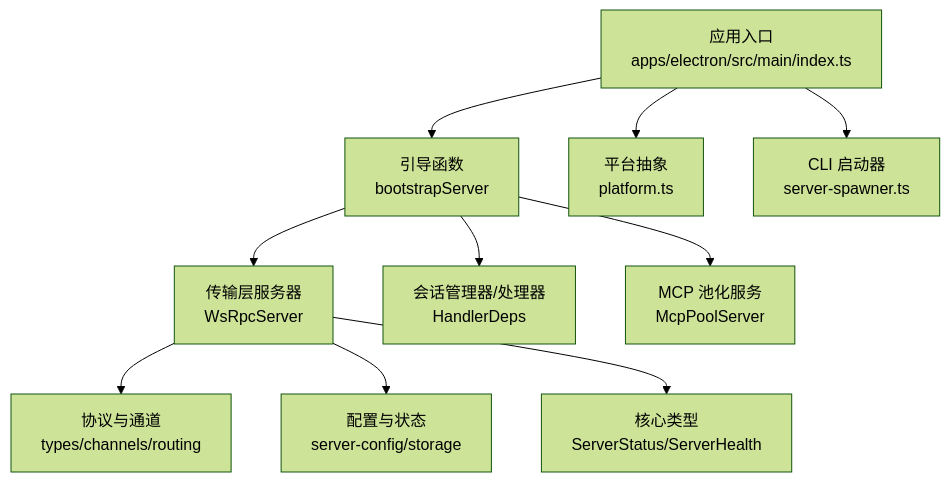
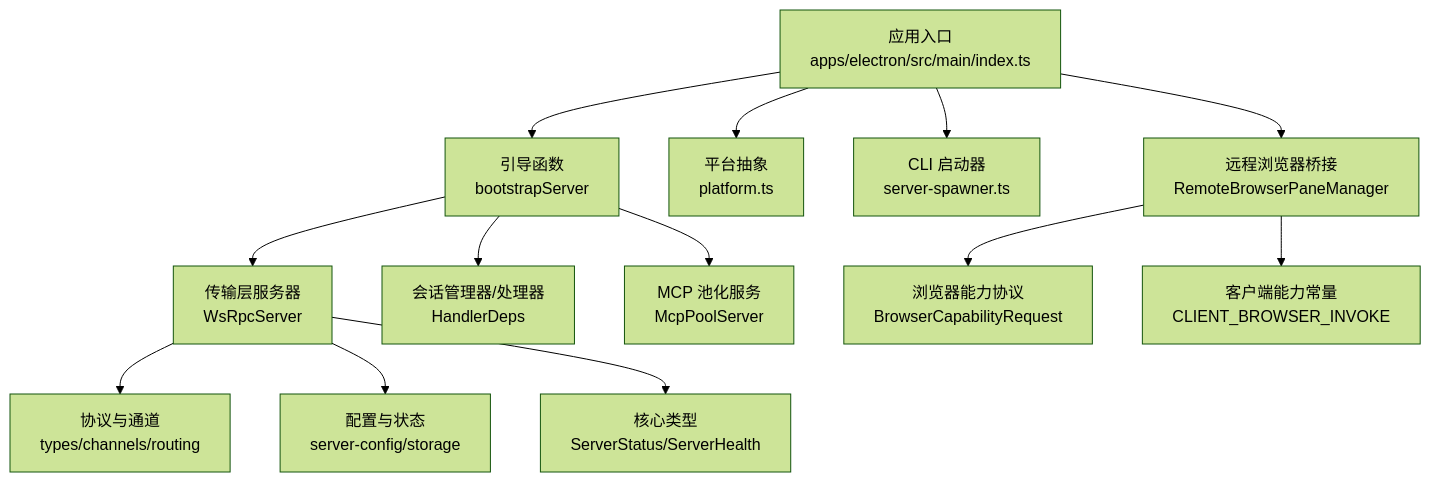
Before and after one commit to haolange/craft-agents-oss: the first of 11 diagrams in .qoder/repowiki/zh/content/服务器架构/服务器核心/服务器核心.md, drawn with Mermaid (forest theme). The commit also changed other lines of this file and 5 other files, not shown here.

````diff
--- a/.qoder/repowiki/zh/content/服务器架构/服务器核心/服务器核心.md
+++ b/.qoder/repowiki/zh/content/服务器架构/服务器核心/服务器核心.md
@@ -55,12 +65,15 @@
 ```mermaid
 graph TB
 A["应用入口<br/>apps/electron/src/main/index.ts"] --> B["引导函数<br/>bootstrapServer"]
 B --> C["传输层服务器<br/>WsRpcServer"]
 B --> D["会话管理器/处理器<br/>HandlerDeps"]
 B --> E["MCP 池化服务<br/>McpPoolServer"]
 C --> F["协议与通道<br/>types/channels/routing"]
 C --> G["配置与状态<br/>server-config/storage"]
 C --> H["核心类型<br/>ServerStatus/ServerHealth"]
 A --> I["平台抽象<br/>platform.ts"]
 A --> J["CLI 启动器<br/>server-spawner.ts"]
+A --> K["远程浏览器桥接<br/>RemoteBrowserPaneManager"]
+K --> L["浏览器能力协议<br/>BrowserCapabilityRequest"]
+K --> M["客户端能力常量<br/>CLIENT_BROWSER_INVOKE"]
 ```
````
